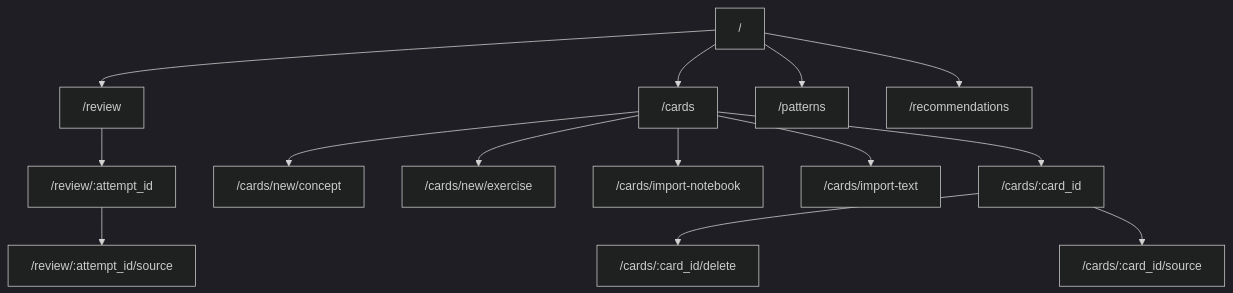
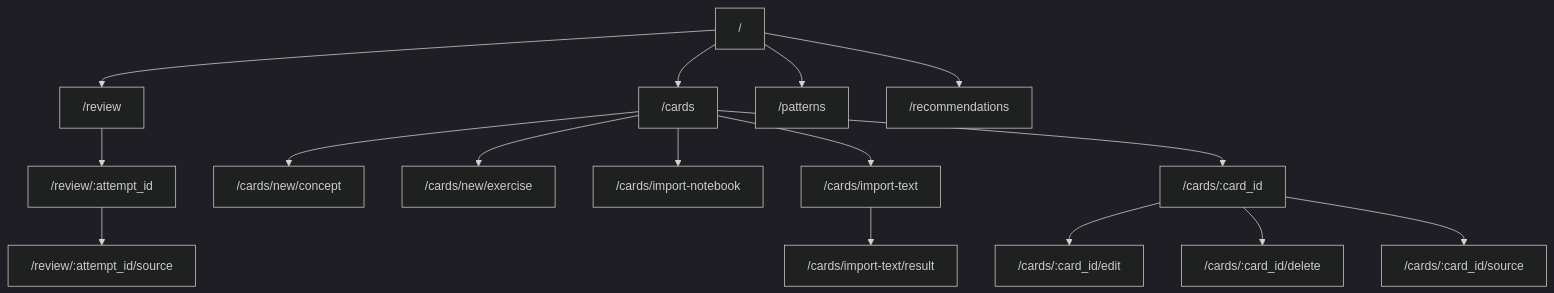
The diagram in docs/design/architecture.md (hangjianli/BarskyProtocol), drawn with Mermaid (dark theme) before and after one commit. The commit also changed other lines of this file and 4 other files, not shown here.

Commit message:
feat: add card editing and import summaries (#6)

````diff
--- a/docs/design/architecture.md
+++ b/docs/design/architecture.md
@@ -55,16 +57,18 @@
 ```mermaid
 flowchart TD
     A["/"] --> B["/review"]
     A --> C["/cards"]
     A --> D["/patterns"]
     A --> E["/recommendations"]
     C --> F["/cards/new/concept"]
     C --> G["/cards/new/exercise"]
     C --> H["/cards/import-notebook"]
     C --> J["/cards/import-text"]
     C --> K["/cards/:card_id"]
-    K --> L["/cards/:card_id/delete"]
-    K --> M["/cards/:card_id/source"]
+    J --> L["/cards/import-text/result"]
+    K --> M["/cards/:card_id/edit"]
+    K --> N["/cards/:card_id/delete"]
+    K --> O["/cards/:card_id/source"]
     B --> I["/review/:attempt_id"]
-    I --> N["/review/:attempt_id/source"]
+    I --> P["/review/:attempt_id/source"]
 ```
````
